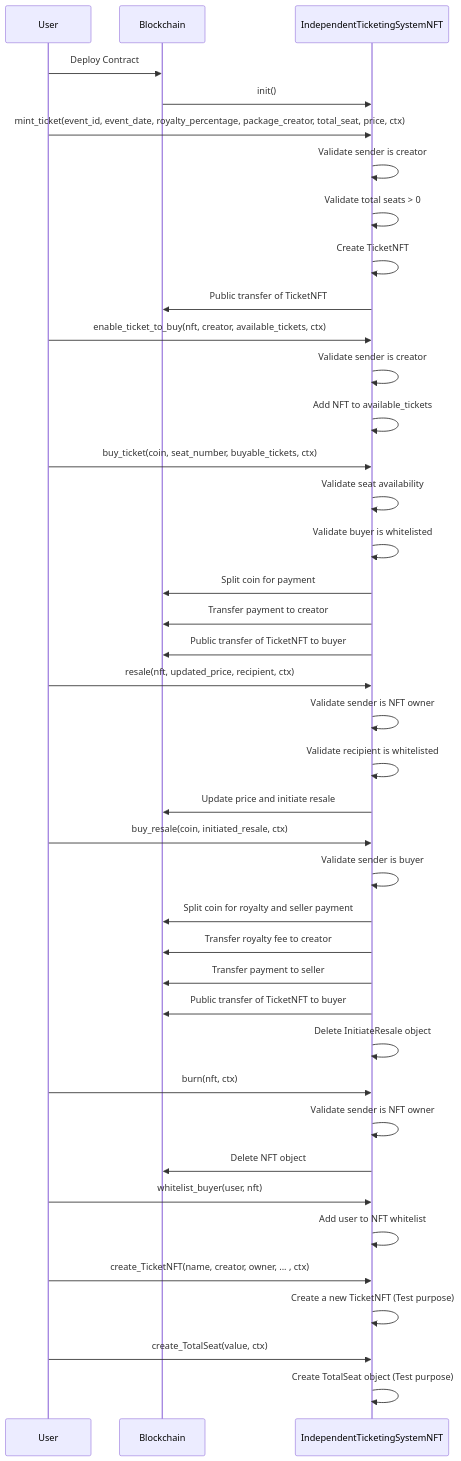
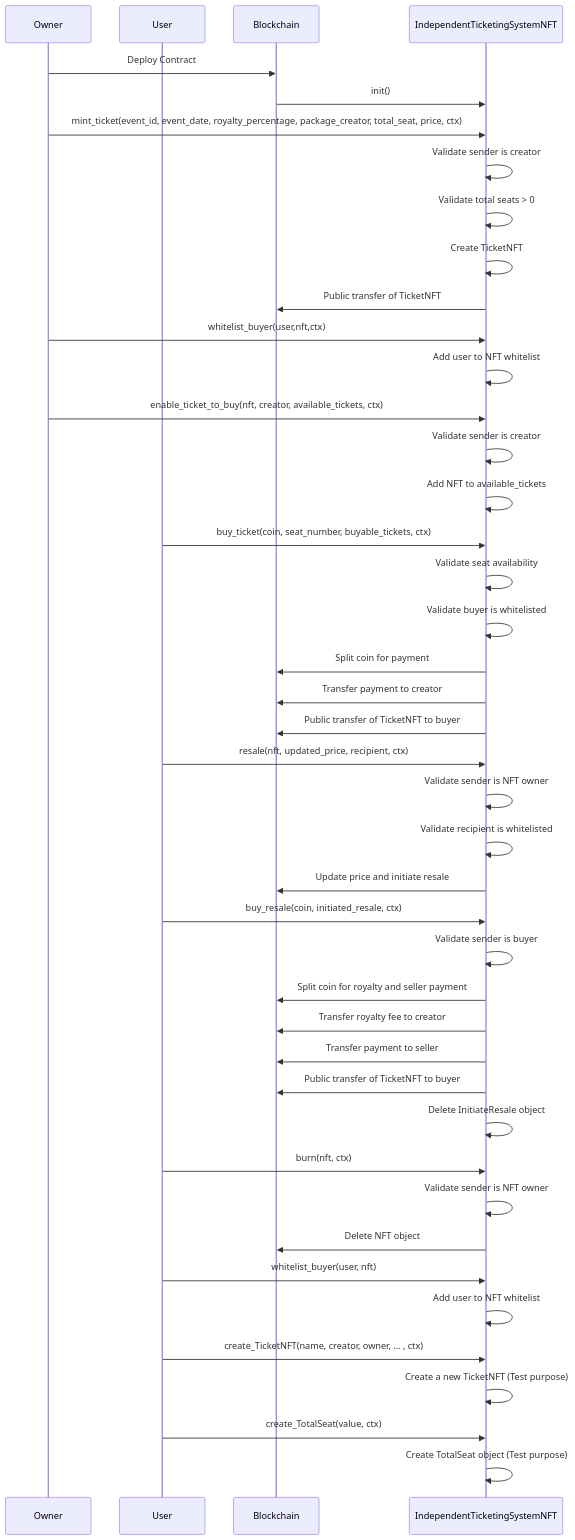
The diagram in docs/content/developer/getting-started/independent-ticketing-system/package.mdx (iotaledger/iota), drawn with Mermaid before and after one commit. The commit also changed other lines of this file, not shown here.

Commit message:
Resolve comments

````diff
--- a/docs/content/developer/getting-started/independent-ticketing-system/package.mdx
+++ b/docs/content/developer/getting-started/independent-ticketing-system/package.mdx
@@ -19,52 +21,56 @@
 ```mermaid
 sequenceDiagram
+    participant Owner as Owner
     participant User as User
     participant Blockchain as Blockchain
     participant NFTContract as IndependentTicketingSystemNFT
 
-    User ->> Blockchain: Deploy Contract
+    Owner ->> Blockchain: Deploy Contract
     Blockchain ->> NFTContract: init()
 
-    User ->> NFTContract: mint_ticket(event_id, event_date, royalty_percentage, package_creator, total_seat, price, ctx)
+    Owner ->> NFTContract: mint_ticket(event_id, event_date, royalty_percentage, package_creator, total_seat, price, ctx)
     NFTContract ->> NFTContract: Validate sender is creator
     NFTContract ->> NFTContract: Validate total seats > 0
     NFTContract ->> NFTContract: Create TicketNFT
     NFTContract ->> Blockchain: Public transfer of TicketNFT
 
-    User ->> NFTContract: enable_ticket_to_buy(nft, creator, available_tickets, ctx)
+    Owner ->> NFTContract: whitelist_buyer(user,nft,ctx)
+    NFTContract ->> NFTContract: Add user to NFT whitelist
+
+    Owner ->> NFTContract: enable_ticket_to_buy(nft, creator, available_tickets, ctx)
     NFTContract ->> NFTContract: Validate sender is creator
     NFTContract ->> NFTContract: Add NFT to available_tickets
 
     User ->> NFTContract: buy_ticket(coin, seat_number, buyable_tickets, ctx)
     NFTContract ->> NFTContract: Validate seat availability
     NFTContract ->> NFTContract: Validate buyer is whitelisted
     NFTContract ->> Blockchain: Split coin for payment
     NFTContract ->> Blockchain: Transfer payment to creator
     NFTContract ->> Blockchain: Public transfer of TicketNFT to buyer
 
     User ->> NFTContract: resale(nft, updated_price, recipient, ctx)
     NFTContract ->> NFTContract: Validate sender is NFT owner
     NFTContract ->> NFTContract: Validate recipient is whitelisted
     NFTContract ->> Blockchain: Update price and initiate resale
 
     User ->> NFTContract: buy_resale(coin, initiated_resale, ctx)
     NFTContract ->> NFTContract: Validate sender is buyer
     NFTContract ->> Blockchain: Split coin for royalty and seller payment
     NFTContract ->> Blockchain: Transfer royalty fee to creator
     NFTContract ->> Blockchain: Transfer payment to seller
     NFTContract ->> Blockchain: Public transfer of TicketNFT to buyer
     NFTContract ->> NFTContract: Delete InitiateResale object
 
     User ->> NFTContract: burn(nft, ctx)
     NFTContract ->> NFTContract: Validate sender is NFT owner
     NFTContract ->> Blockchain: Delete NFT object
 
     User ->> NFTContract: whitelist_buyer(user, nft)
     NFTContract ->> NFTContract: Add user to NFT whitelist
 
     User ->> NFTContract: create_TicketNFT(name, creator, owner, ... , ctx)
     NFTContract ->> NFTContract: Create a new TicketNFT (Test purpose)
 
     User ->> NFTContract: create_TotalSeat(value, ctx)
     NFTContract ->> NFTContract: Create TotalSeat object (Test purpose)
 ```
````
